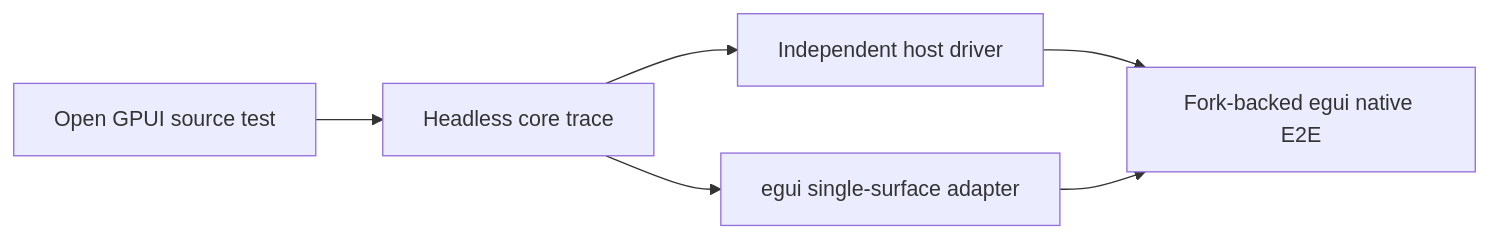
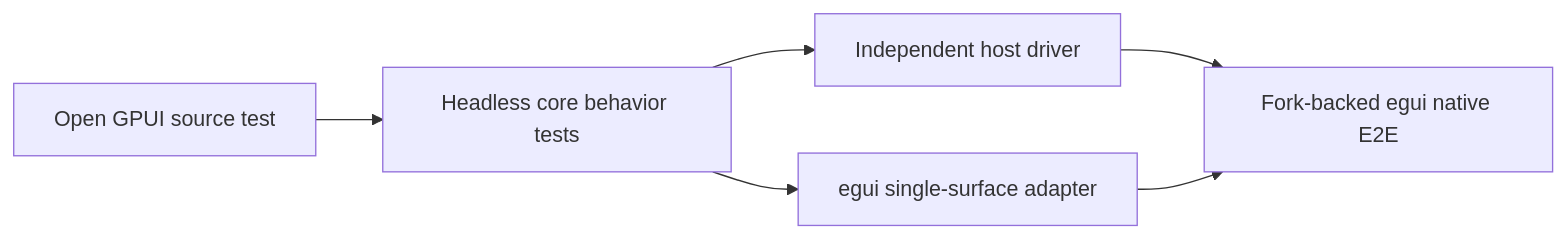
The diagram in docs/knowledge/open-gpui-docking-conformance-catalog.md (Latias94/egui_docking), drawn with Mermaid before and after one commit. The commit also changed other lines of this file and 15 other files, not shown here.

````diff
--- a/docs/knowledge/open-gpui-docking-conformance-catalog.md
+++ b/docs/knowledge/open-gpui-docking-conformance-catalog.md
@@ -28,8 +28,8 @@
 ```mermaid
 flowchart LR
-  S[Open GPUI source test] --> C[Headless core trace]
+  S[Open GPUI source test] --> C[Headless core behavior tests]
   C --> H[Independent host driver]
   C --> E[egui single-surface adapter]
   H --> N[Fork-backed egui native E2E]
   E --> N
 ```
````
